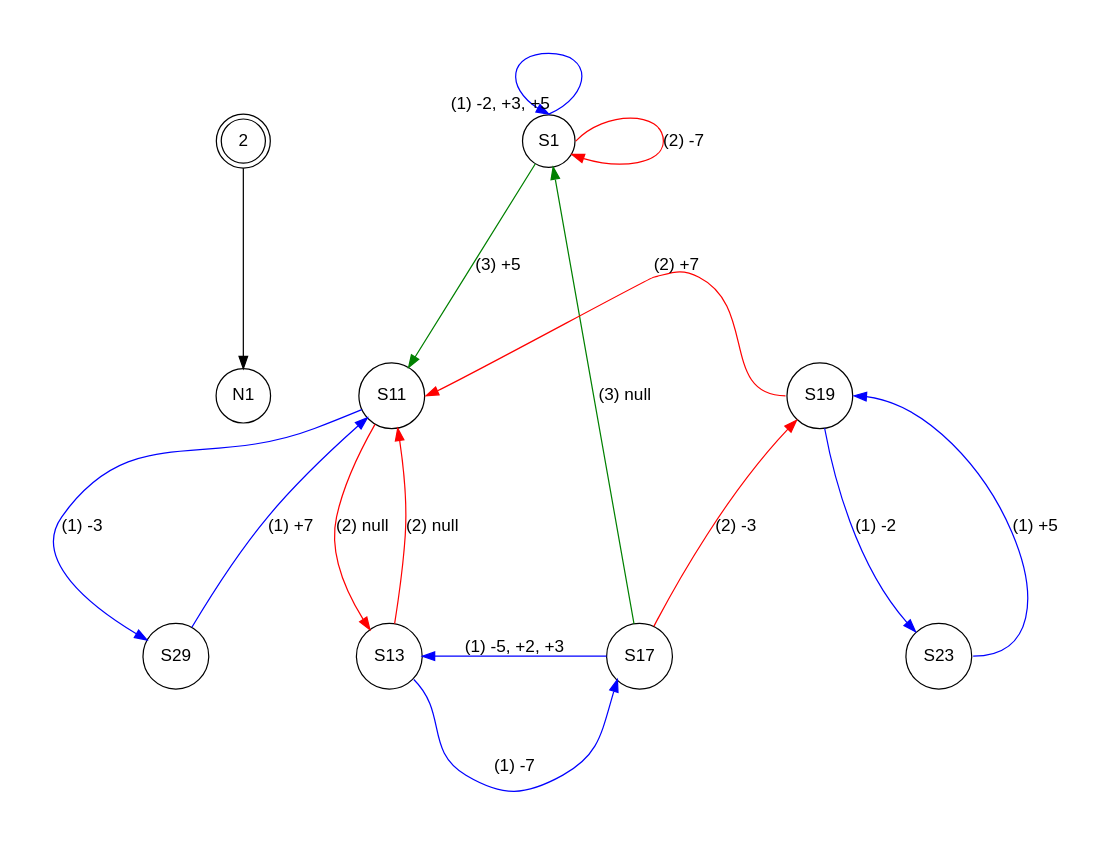
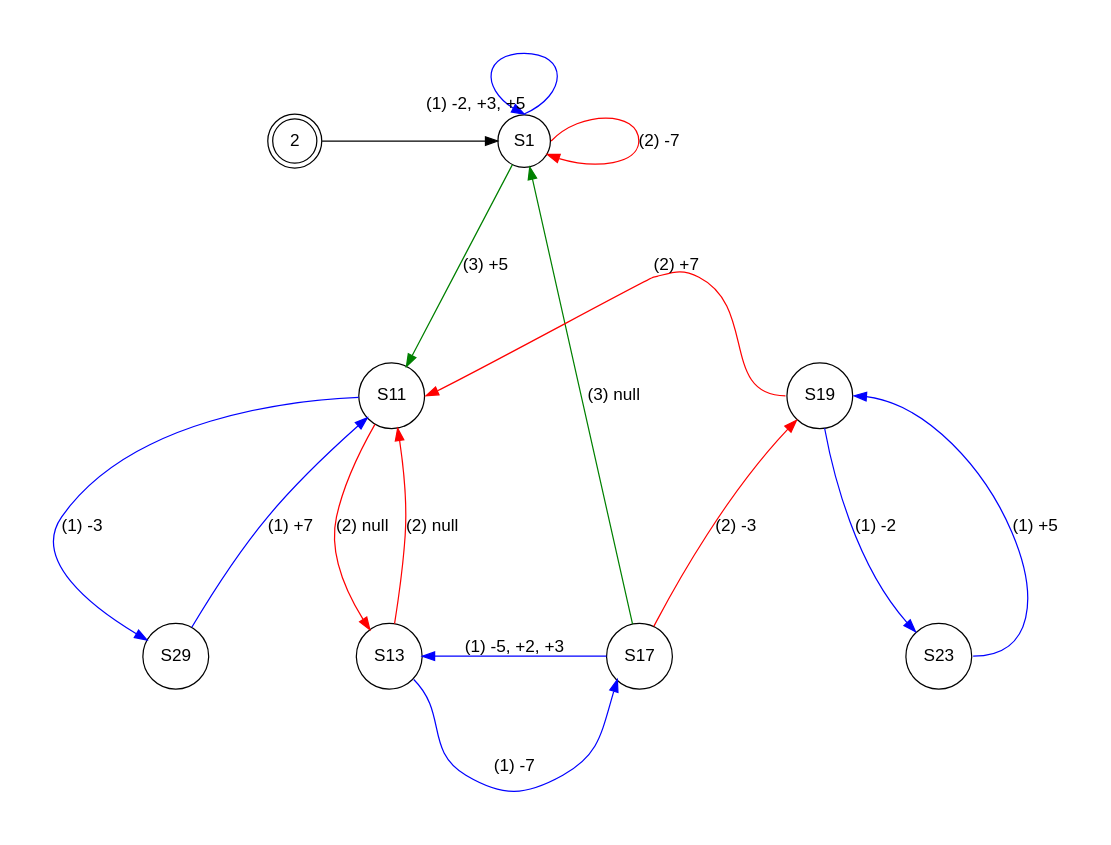
One commit to kes/blog changed the diagram in content/posts/project-euler-num-308.md. Above: the diagram before and after it, drawn with Graphviz.

Commit message:
updated fractran graph

````diff
--- a/content/posts/project-euler-num-308.md
+++ b/content/posts/project-euler-num-308.md
@@ -414,38 +414,38 @@
 ```dot
 digraph finite_state_machine {
     graph [pad="0.5", nodesep="1", ranksep="2"];
     splines=true;
 	fontname="Helvetica,Arial,sans-serif"
 	node [fontname="Helvetica,Arial,sans-serif"]
 	edge [fontname="Helvetica,Arial,sans-serif"]
 
 	node [shape = doublecircle]; 2
 	node [shape = circle];
-2->N1
+2->S1
 S1:n -> S1:n[margin=1;headlabel="(1) -2, +3, +5";color=blue];
 S1:e -> S1[label="(2) -7";color=red];
 S1 -> S11[label="(3) +5"; color=green];
 
 S11 -> S29[label="(1) -3";color=blue];
 S11 -> S13[label="(2) null";color=red];
 
 S13:se -> S17:sw[label="(1) -7";color=blue];
 S13 -> S11[label="(2) null";color=red];
 
 
 S17 -> S13[label="(1) -5, +2, +3";color=blue];
 S17 -> S19:sw[label="(2) -3";color=red];
 S17 -> S1[label="(3) null"; color=green];
 
 S19 -> S23:nw[label="(1) -2";color=blue];
 S19:w -> S11:e[label="(2) +7";color=red];
 
 
 S23:e -> S19:e[label="(1) +5";labelangle=5;color=blue];
 S29 -> S11[label="(1) +7";color=blue];
 
 { rank=min; S1;2  }
 {rank=same; S11;S19};
 { rank=max;  S23;S13; S17; }
 }
 ```
````
